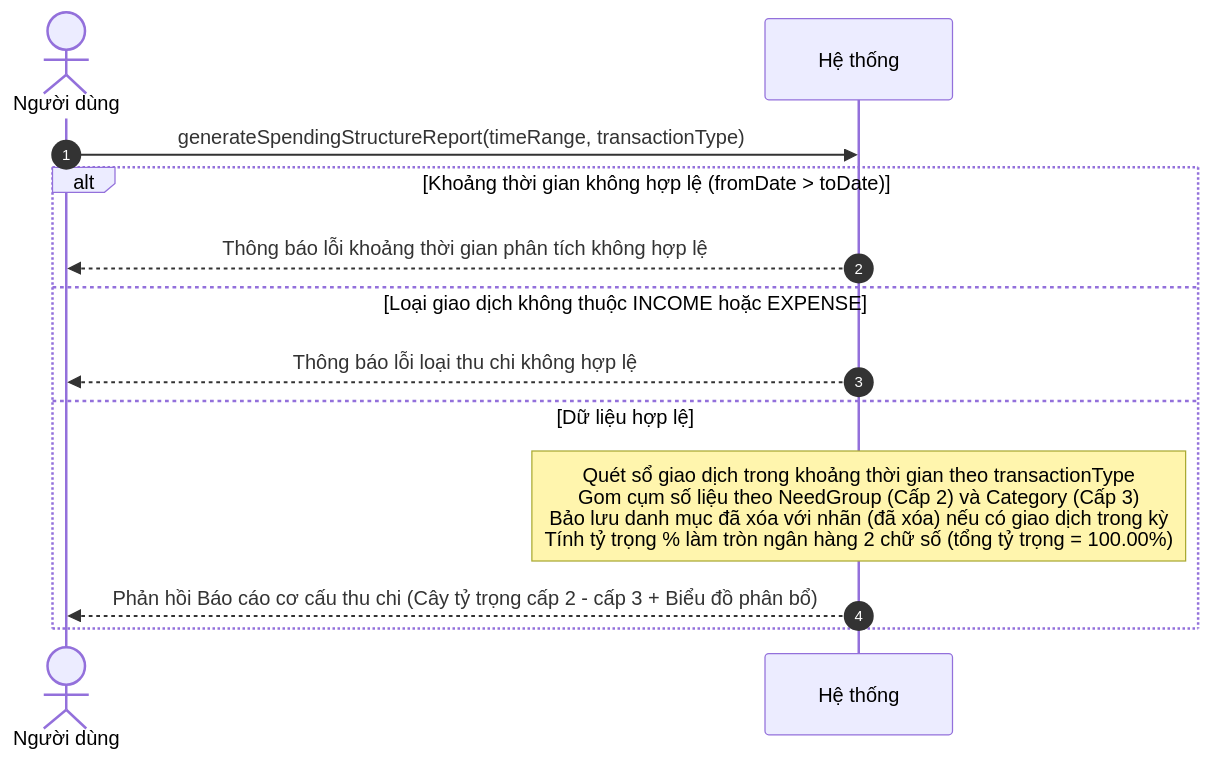
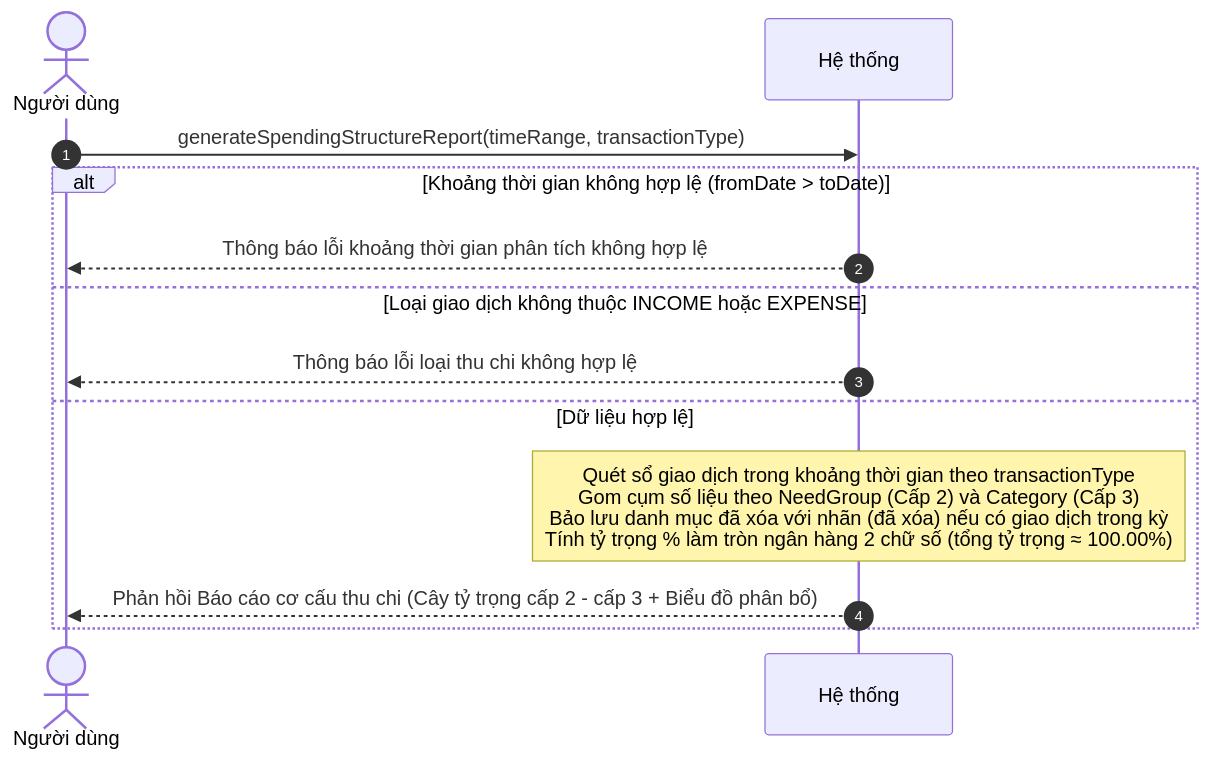
The sixth of 9 diagrams in docs/object-oriented-analysis/03-so-do-tuan-tu-he-thong-ssd.md (mynhleeh/pfms-oop), drawn with Mermaid before and after one commit. The commit also changed other lines of this file and 1 other file, not shown here.

Commit message:
Refine financial category management documentation: enhance clarity on category creation, renaming, restoration, and deletion processes; improve error messaging and parameter constraints; ensure consistency in terminology and descriptions across functionalities.

````diff
--- a/docs/object-oriented-analysis/03-so-do-tuan-tu-he-thong-ssd.md
+++ b/docs/object-oriented-analysis/03-so-do-tuan-tu-he-thong-ssd.md
@@ -471,16 +471,16 @@
 ```mermaid
 sequenceDiagram
     autonumber
     actor User as Người dùng
     participant System as Hệ thống
 
     User->>System: generateSpendingStructureReport(timeRange, transactionType)
     alt Khoảng thời gian không hợp lệ (fromDate > toDate)
         System-->>User: Thông báo lỗi khoảng thời gian phân tích không hợp lệ
     else Loại giao dịch không thuộc INCOME hoặc EXPENSE
         System-->>User: Thông báo lỗi loại thu chi không hợp lệ
     else Dữ liệu hợp lệ
-        Note over System: Quét sổ giao dịch trong khoảng thời gian theo transactionType<br/>Gom cụm số liệu theo NeedGroup (Cấp 2) và Category (Cấp 3)<br/>Bảo lưu danh mục đã xóa với nhãn (đã xóa) nếu có giao dịch trong kỳ<br/>Tính tỷ trọng % làm tròn ngân hàng 2 chữ số (tổng tỷ trọng = 100.00%)
+        Note over System: Quét sổ giao dịch trong khoảng thời gian theo transactionType<br/>Gom cụm số liệu theo NeedGroup (Cấp 2) và Category (Cấp 3)<br/>Bảo lưu danh mục đã xóa với nhãn (đã xóa) nếu có giao dịch trong kỳ<br/>Tính tỷ trọng % làm tròn ngân hàng 2 chữ số (tổng tỷ trọng ≈ 100.00%)
         System-->>User: Phản hồi Báo cáo cơ cấu thu chi (Cây tỷ trọng cấp 2 - cấp 3 + Biểu đồ phân bổ)
     end
 ```
````
